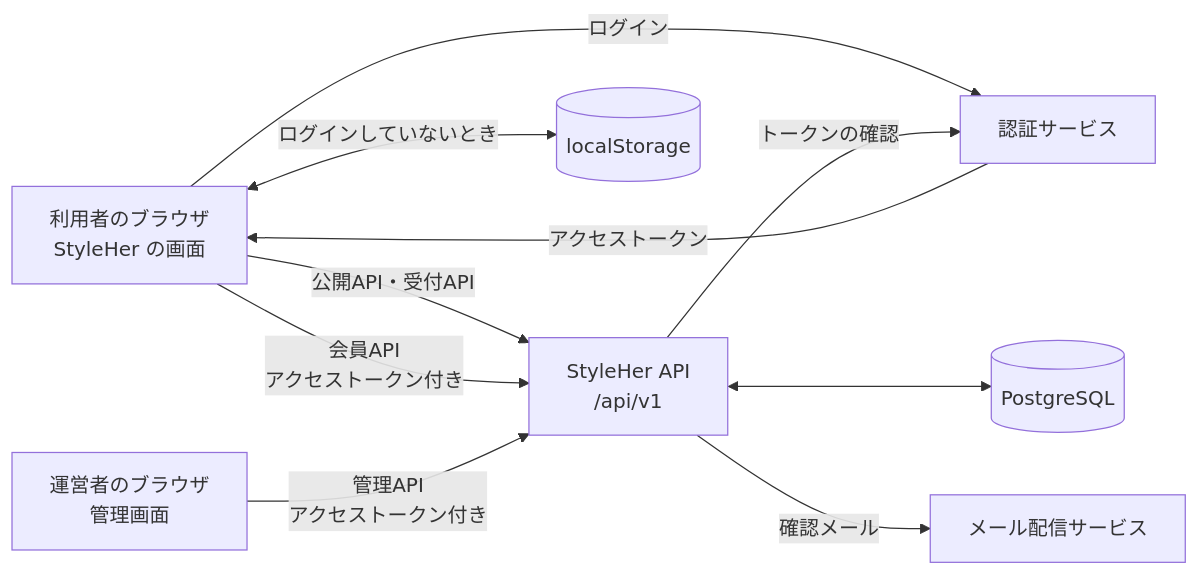
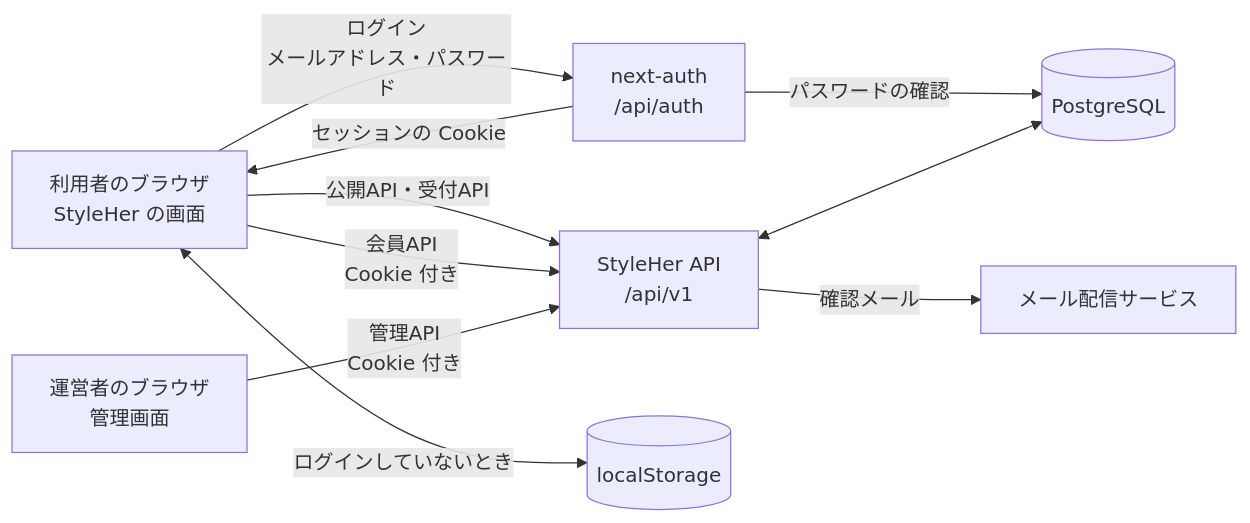
The first of 2 diagrams in docs/api.md (huyen2207/fashion-trend-spec), drawn with Mermaid before and after one commit. The commit also changed other lines of this file and 21 other files, not shown here.

Commit message:
Add email/password login with next-auth

````diff
--- a/docs/api.md
+++ b/docs/api.md
@@ -42,12 +42,12 @@
 ```mermaid
 flowchart LR
   B[利用者のブラウザ<br>StyleHer の画面] -->|公開API・受付API| API[StyleHer API<br>/api/v1]
-  B -->|ログイン| AUTH[認証サービス]
-  AUTH -->|アクセストークン| B
-  B -->|会員API<br>アクセストークン付き| API
-  ADM[運営者のブラウザ<br>管理画面] -->|管理API<br>アクセストークン付き| API
-  API -->|トークンの確認| AUTH
+  B -->|ログイン<br>メールアドレス・パスワード| AUTH[next-auth<br>/api/auth]
+  AUTH -->|セッションの Cookie| B
+  AUTH -->|パスワードの確認| DB
+  B -->|会員API<br>Cookie 付き| API
+  ADM[運営者のブラウザ<br>管理画面] -->|管理API<br>Cookie 付き| API
   API <--> DB[(PostgreSQL)]
   API -->|確認メール| MAIL[メール配信サービス]
   B <-->|ログインしていないとき| L[(localStorage)]
 ```
````
